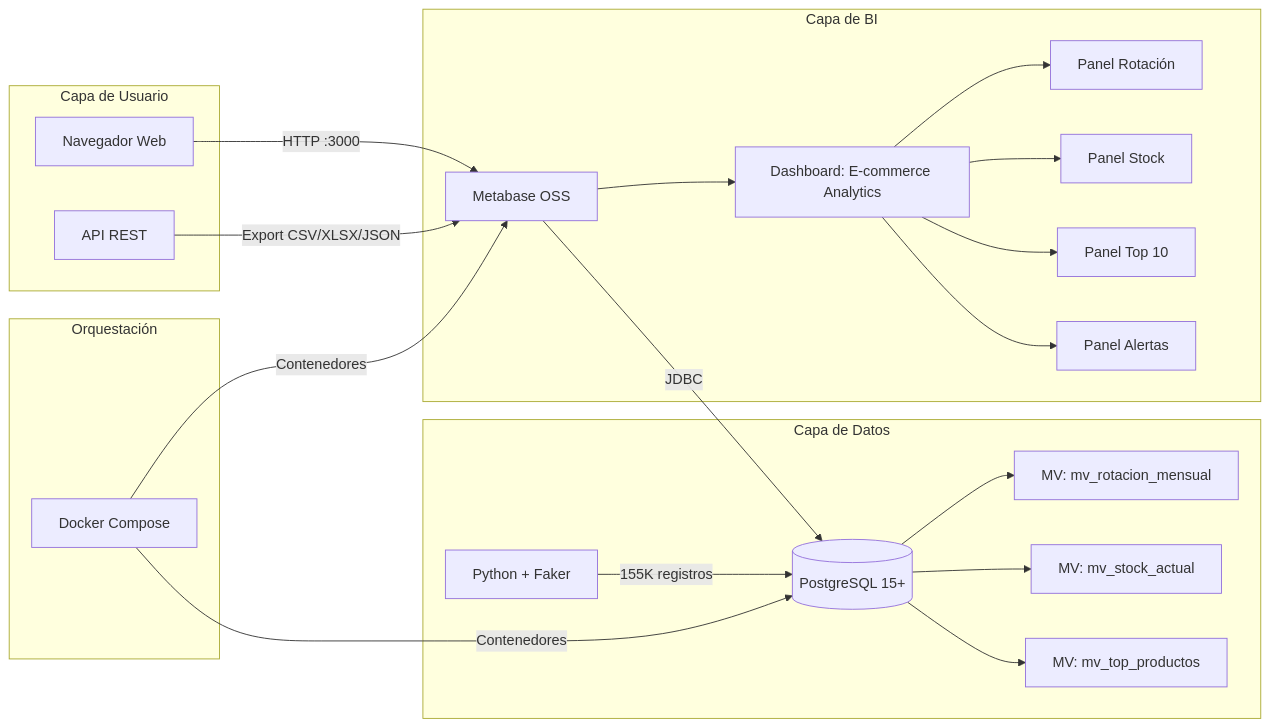
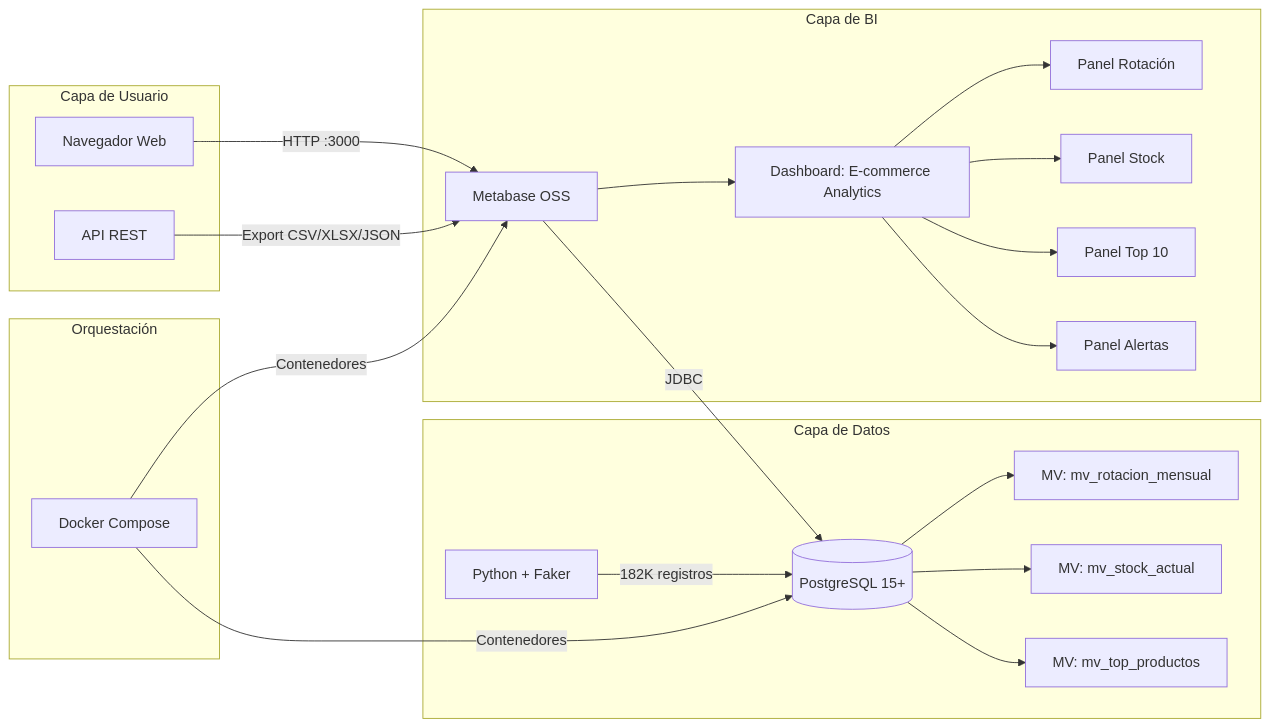
Before and after one commit to Fisherk2/dashboard-metabase-analiticas: the diagram in docs/TECHNICAL_GUIDE.md, drawn with Mermaid. The commit also changed other lines of this file, not shown here.

````diff
--- a/docs/TECHNICAL_GUIDE.md
+++ b/docs/TECHNICAL_GUIDE.md
@@ -13,28 +13,28 @@
 ```mermaid
 graph LR
     subgraph Data_Layer["Capa de Datos"]
-        A[Python + Faker] -->|155K registros| B[(PostgreSQL 15+)]
+        A[Python + Faker] -->|182K registros| B[(PostgreSQL 15+)]
         B --> C[MV: mv_rotacion_mensual]
         B --> D[MV: mv_stock_actual]
         B --> E[MV: mv_top_productos]
     end
 
     subgraph BI_Layer["Capa de BI"]
         F[Metabase OSS] -->|JDBC| B
         F --> G[Dashboard: E-commerce Analytics]
         G --> H[Panel Rotación]
         G --> I[Panel Stock]
         G --> J[Panel Top 10]
         G --> K[Panel Alertas]
     end
 
     subgraph User_Layer["Capa de Usuario"]
         L[Navegador Web] -->|HTTP :3000| F
         M[API REST] -->|Export CSV/XLSX/JSON| F
     end
 
     subgraph Orchestration["Orquestación"]
         N[Docker Compose] -->|Contenedores| B
         N -->|Contenedores| F
     end
 ```
````
